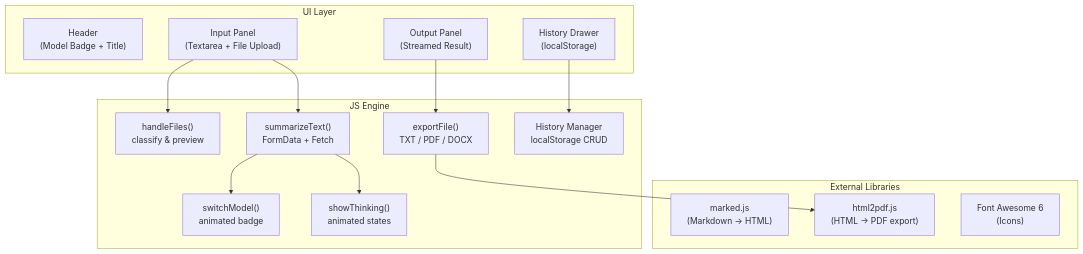
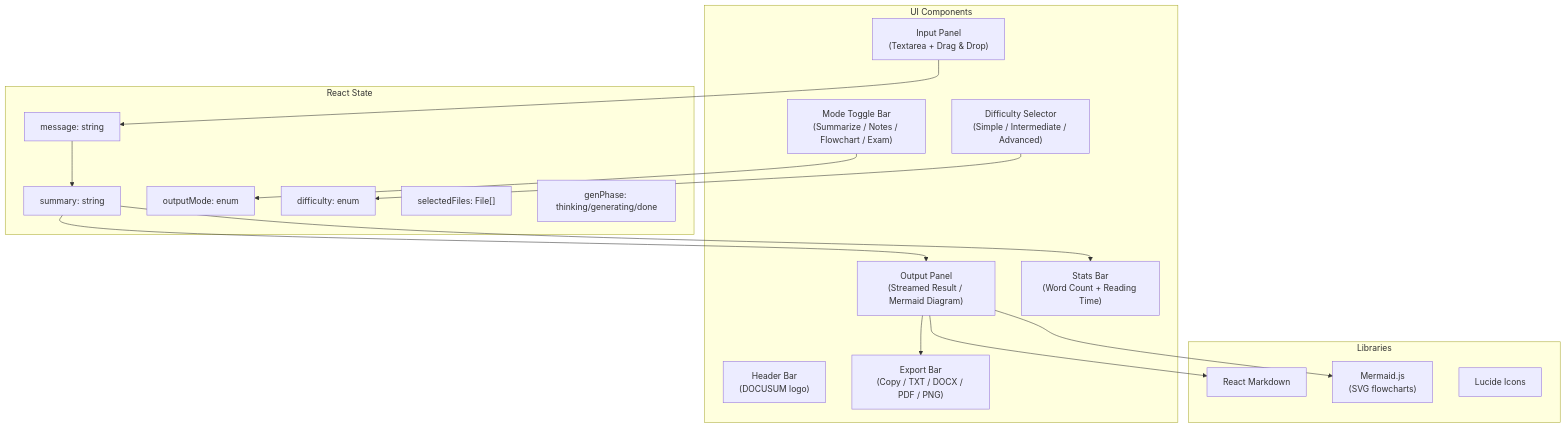
The fifth of 6 diagrams in architecture_flow.md (Abhishe6611/Text-and-Image-Summerization), drawn with Mermaid before and after one commit. The commit also changed other lines of this file and 7 other files, not shown here.

First line of the commit message:
feat: Add tri-model architecture, 4 output modes, Neobrutalist UI overhaul

````diff
--- a/architecture_flow.md
+++ b/architecture_flow.md
@@ -200,32 +237,37 @@
 ```mermaid
 graph TB
-    subgraph "UI Layer"
-        Header["Header<br/>(Model Badge + Title)"]
-        InputPanel["Input Panel<br/>(Textarea + File Upload)"]
-        OutputPanel["Output Panel<br/>(Streamed Result)"]
-        HistoryDrawer["History Drawer<br/>(localStorage)"]
+    subgraph "UI Components"
+        Header["Header Bar<br/>(DOCUSUM logo)"]
+        ModeToggle["Mode Toggle Bar<br/>(Summarize / Notes / Flowchart / Exam)"]
+        DifficultyBar["Difficulty Selector<br/>(Simple / Intermediate / Advanced)"]
+        InputPanel["Input Panel<br/>(Textarea + Drag & Drop)"]
+        OutputPanel["Output Panel<br/>(Streamed Result / Mermaid Diagram)"]
+        ExportBar["Export Bar<br/>(Copy / TXT / DOCX / PDF / PNG)"]
+        StatsBar["Stats Bar<br/>(Word Count + Reading Time)"]
     end
 
-    subgraph "JS Engine"
-        FileHandler["handleFiles()<br/>classify & preview"]
-        Summarizer["summarizeText()<br/>FormData + Fetch"]
-        Exporter["exportFile()<br/>TXT / PDF / DOCX"]
-        HistoryMgr["History Manager<br/>localStorage CRUD"]
-        ModelSwitcher["switchModel()<br/>animated badge"]
-        ThinkingAnim["showThinking()<br/>animated states"]
+    subgraph "React State"
+        Message["message: string"]
+        Summary["summary: string"]
+        Mode["outputMode: enum"]
+        Difficulty["difficulty: enum"]
+        Files["selectedFiles: File[]"]
+        Phase["genPhase: thinking/generating/done"]
     end
 
-    subgraph "External Libraries"
-        Marked["marked.js<br/>(Markdown → HTML)"]
-        Html2Pdf["html2pdf.js<br/>(HTML → PDF export)"]
-        FontAwesome["Font Awesome 6<br/>(Icons)"]
+    subgraph "Libraries"
+        ReactMD["React Markdown"]
+        MermaidJS["Mermaid.js<br/>(SVG flowcharts)"]
+        LucideIcons["Lucide Icons"]
     end
 
-    InputPanel --> FileHandler
-    InputPanel --> Summarizer
-    Summarizer --> ModelSwitcher
-    Summarizer --> ThinkingAnim
-    OutputPanel --> Exporter
-    Exporter --> Html2Pdf
-    HistoryDrawer --> HistoryMgr
+    InputPanel --> Message
+    ModeToggle --> Mode
+    DifficultyBar --> Difficulty
+    Message --> Summary
+    Summary --> OutputPanel
+    Summary --> StatsBar
+    OutputPanel --> ReactMD
+    OutputPanel --> MermaidJS
+    OutputPanel --> ExportBar
 ```
````
